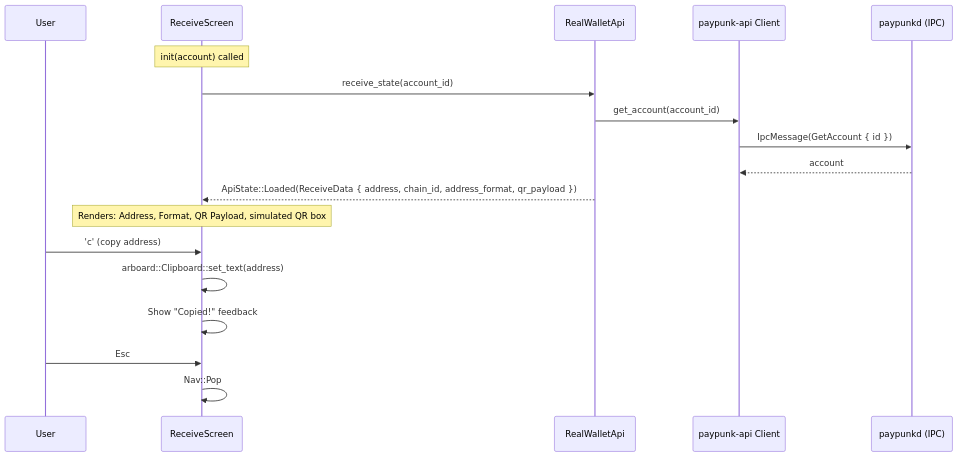
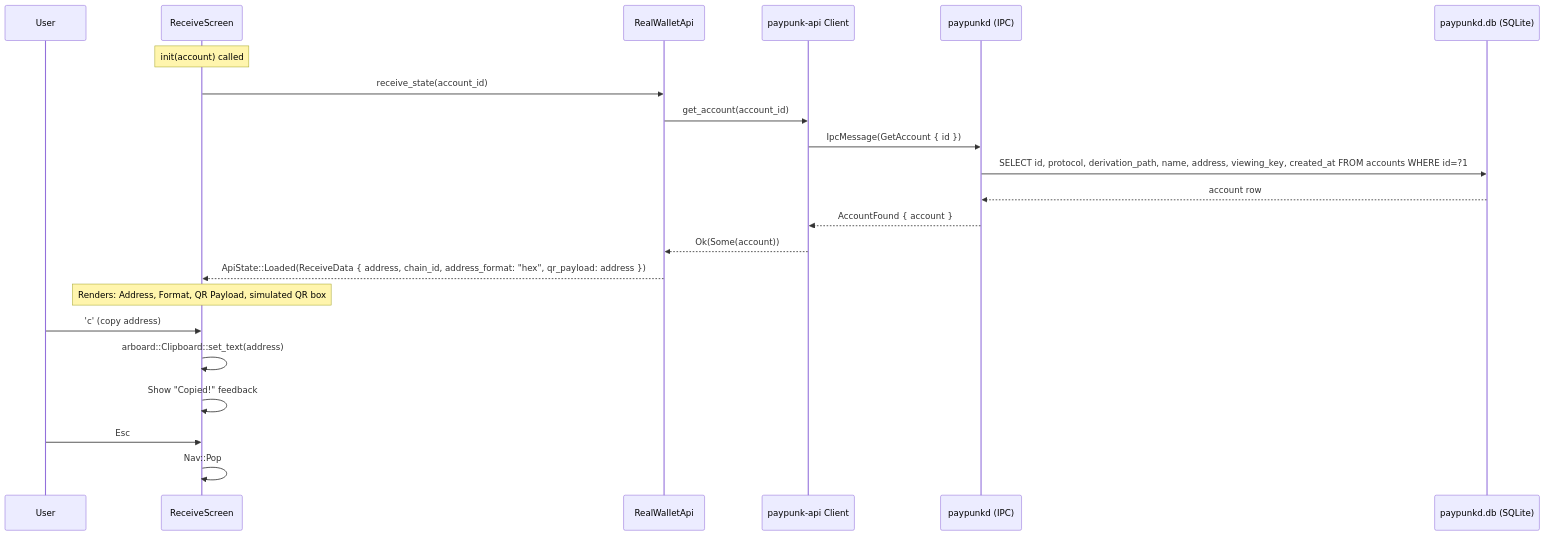
Before and after one commit to blockhackersio/paypunk: the first of 2 diagrams in tui/docs/usecases/07-receive.md, drawn with Mermaid. The commit also changed other lines of this file and 9 other files, not shown here.

````diff
--- a/tui/docs/usecases/07-receive.md
+++ b/tui/docs/usecases/07-receive.md
@@ -7,24 +11,28 @@
 ```mermaid
 sequenceDiagram
     participant U as User
     participant TUI as ReceiveScreen
     participant API as RealWalletApi
     participant Client as paypunk-api Client
     participant paypunkd as paypunkd (IPC)
+    participant SQLite as paypunkd.db (SQLite)
 
     Note over TUI: init(account) called
     TUI->>API: receive_state(account_id)
     API->>Client: get_account(account_id)
     Client->>paypunkd: IpcMessage(GetAccount { id })
-    paypunkd-->>Client: account
-    API-->>TUI: ApiState::Loaded(ReceiveData { address, chain_id, address_format, qr_payload })
+    paypunkd->>SQLite: SELECT id, protocol, derivation_path, name, address, viewing_key, created_at FROM accounts WHERE id=?1
+    SQLite-->>paypunkd: account row
+    paypunkd-->>Client: AccountFound { account }
+    Client-->>API: Ok(Some(account))
+    API-->>TUI: ApiState::Loaded(ReceiveData { address, chain_id, address_format: "hex", qr_payload: address })
 
     Note over TUI: Renders: Address, Format, QR Payload, simulated QR box
 
     U->>TUI: 'c' (copy address)
     TUI->>TUI: arboard::Clipboard::set_text(address)
     TUI->>TUI: Show "Copied!" feedback
 
     U->>TUI: Esc
     TUI->>TUI: Nav::Pop
 ```
````
